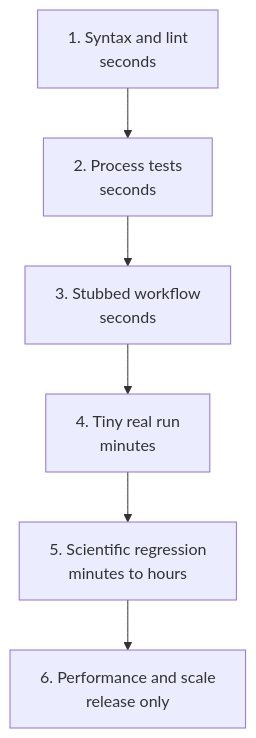
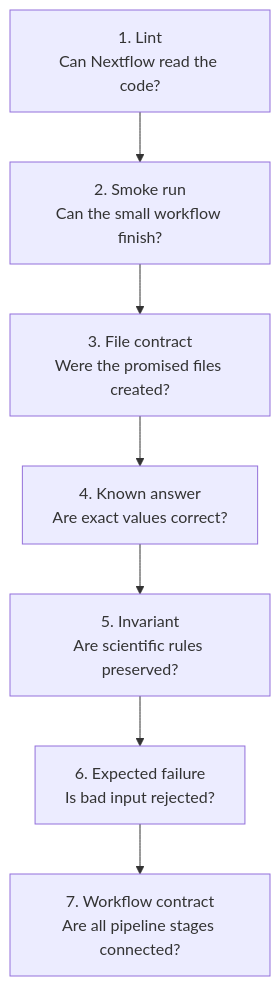
One commit to Caffeinated-Code/Bioinformatics_Field_Guide changed the second of 3 diagrams in content/posts/week-07-rnaseq-in-seven-minutes.md. Above: the diagram before and after it, drawn with Mermaid. The commit also changed other lines of this file and 11 other files, not shown here.

````diff
--- a/content/posts/week-07-rnaseq-in-seven-minutes.md
+++ b/content/posts/week-07-rnaseq-in-seven-minutes.md
@@ -75,8 +91,9 @@
 ```mermaid
 flowchart TB
-  lint["1. Syntax and lint<br/>seconds"] --> unit["2. Process tests<br/>seconds"]
-  unit --> stub["3. Stubbed workflow<br/>seconds"]
-  stub --> tiny["4. Tiny real run<br/>minutes"]
-  tiny --> science["5. Scientific regression<br/>minutes to hours"]
-  science --> scale["6. Performance and scale<br/>release only"]
+  lint["1. Lint<br/>Can Nextflow read the code?"] --> smoke["2. Smoke run<br/>Can the small workflow finish?"]
+  smoke --> files["3. File contract<br/>Were the promised files created?"]
+  files --> answer["4. Known answer<br/>Are exact values correct?"]
+  answer --> rule["5. Invariant<br/>Are scientific rules preserved?"]
+  rule --> negative["6. Expected failure<br/>Is bad input rejected?"]
+  negative --> wiring["7. Workflow contract<br/>Are all pipeline stages connected?"]
 ```
````
